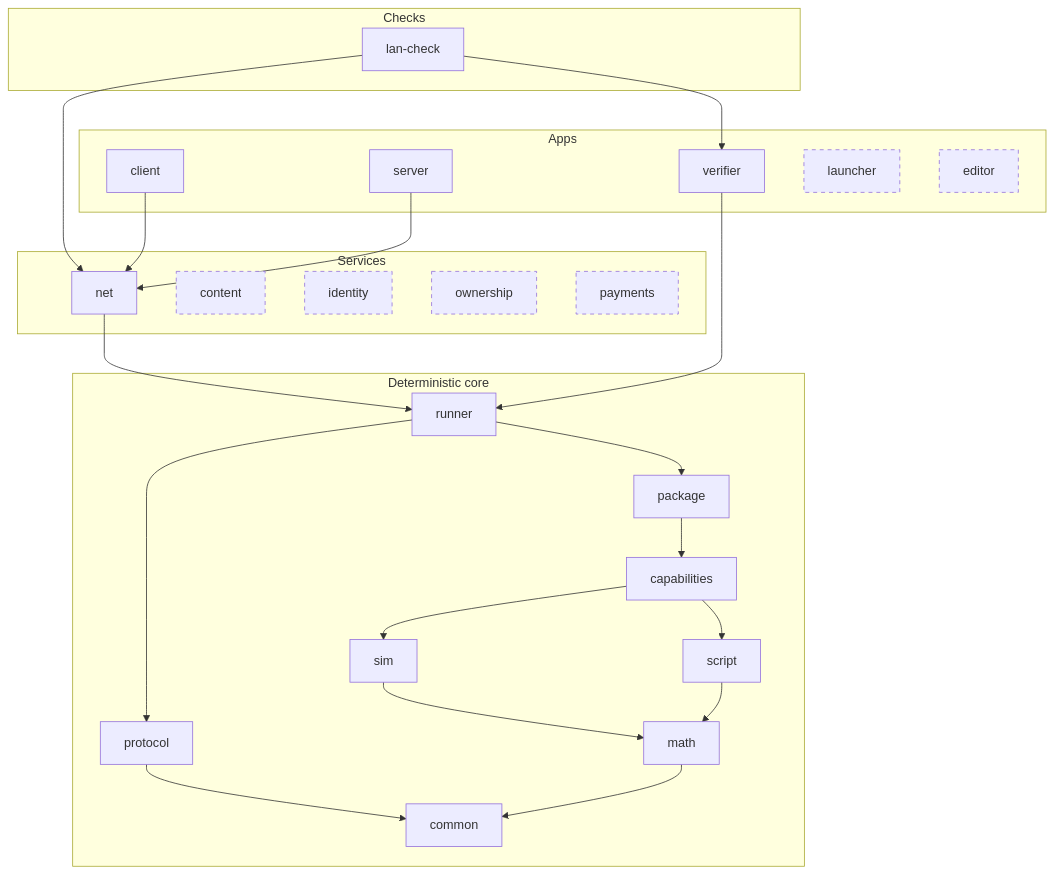
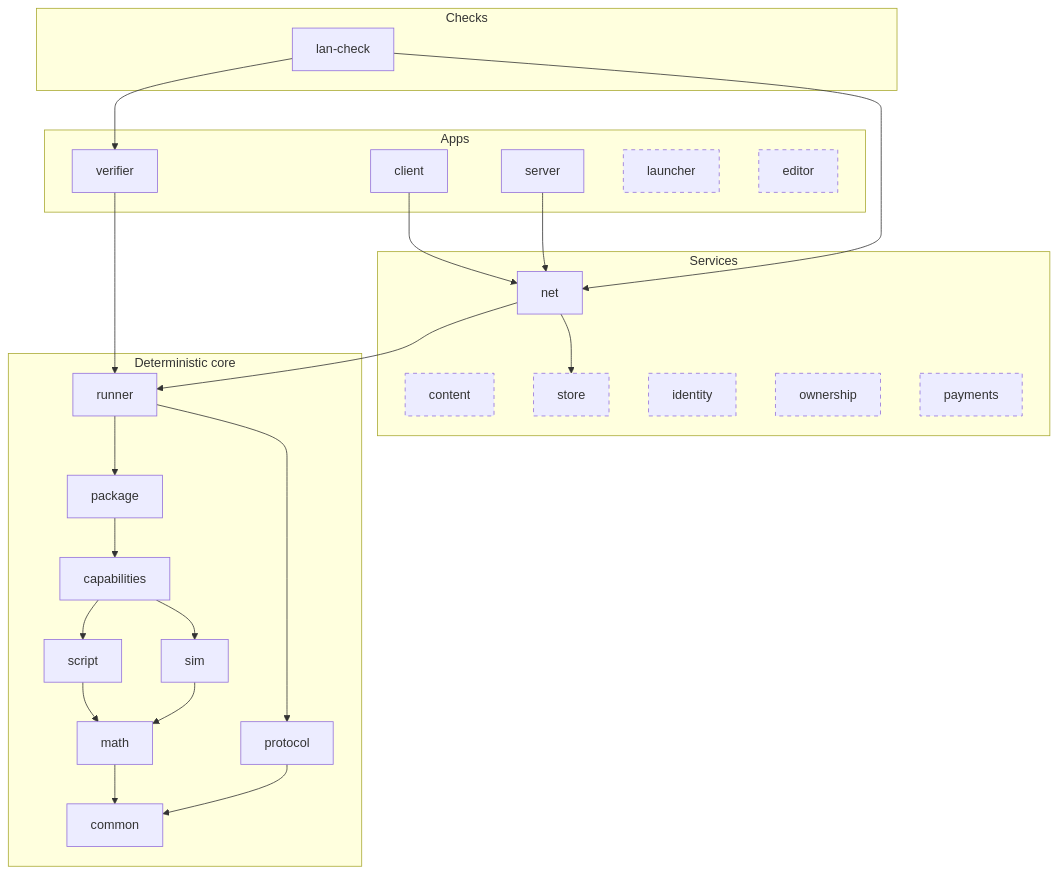
The diagram in docs/design/02-engine-core.md (xorza/campfire), drawn with Mermaid before and after one commit. The commit also changed other lines of this file and 5 other files, not shown here.

````diff
--- a/docs/design/02-engine-core.md
+++ b/docs/design/02-engine-core.md
@@ -5,46 +5,48 @@
 ```mermaid
 flowchart TB
     subgraph apps["Apps"]
         client
         server
         verifier
         launcher:::planned
         editor:::planned
     end
     subgraph checks["Checks"]
         lancheck["lan-check"]
     end
     subgraph services["Services"]
         net
         content:::planned
+        store:::planned
         identity:::planned
         ownership:::planned
         payments:::planned
     end
     subgraph core["Deterministic core"]
         runner
         package
         capabilities
         script
         sim
         protocol
         math
         common
     end
     client --> net
     server --> net
     net --> runner
     verifier --> runner
     lancheck --> verifier
     lancheck --> net
+    net --> store
     runner --> package
     runner --> protocol
     package --> capabilities
     capabilities --> script
     capabilities --> sim
     script --> math
     sim --> math
     math --> common
     protocol --> common
     classDef planned stroke-dasharray: 5 5
 ```
````
